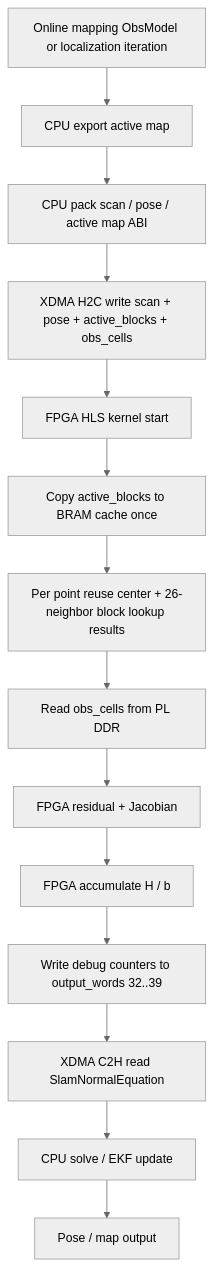
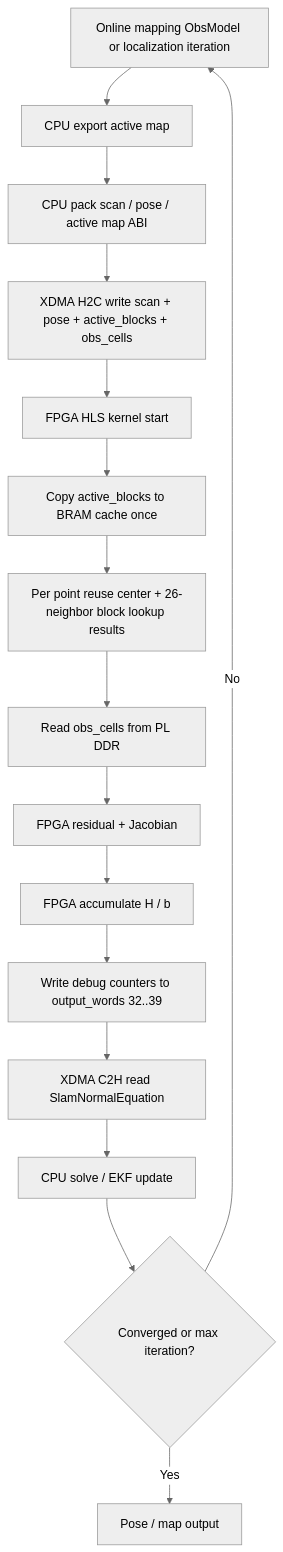
Before and after one commit to cgwmyqc/lightning-lm-acc: the fourth of 5 diagrams in Lightning_LM_Algorithm_Flow_Comparison.md, drawn with Mermaid (neutral theme). The commit also changed other lines of this file and 1 other file, not shown here.

Commit message:
汇总当前几版软件的算法流程图。

````diff
--- a/Lightning_LM_Algorithm_Flow_Comparison.md
+++ b/Lightning_LM_Algorithm_Flow_Comparison.md
@@ -154,16 +154,18 @@
 ```mermaid
 flowchart TD
     A[Online mapping ObsModel or localization iteration] --> B[CPU export active map]
     B --> C[CPU pack scan / pose / active map ABI]
     C --> D[XDMA H2C write scan + pose + active_blocks + obs_cells]
     D --> E[FPGA HLS kernel start]
     E --> F[Copy active_blocks to BRAM cache once]
     F --> G[Per point reuse center + 26-neighbor block lookup results]
     G --> H[Read obs_cells from PL DDR]
     H --> I[FPGA residual + Jacobian]
     I --> J[FPGA accumulate H / b]
     J --> K[Write debug counters to output_words 32..39]
     K --> L[XDMA C2H read SlamNormalEquation]
     L --> M[CPU solve / EKF update]
-    M --> N[Pose / map output]
+    M --> Q{Converged or max iteration?}
+    Q -- No --> A
+    Q -- Yes --> N[Pose / map output]
 ```
````
